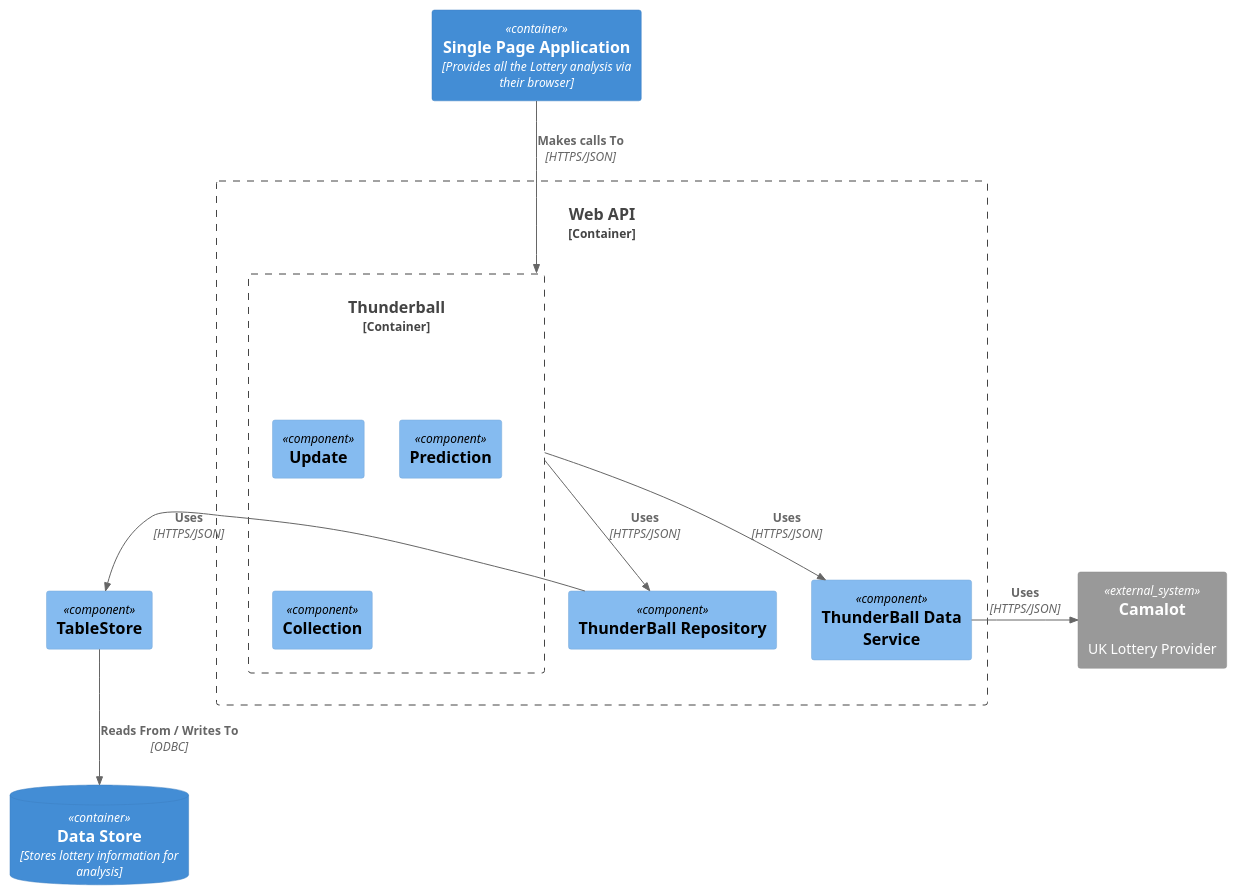
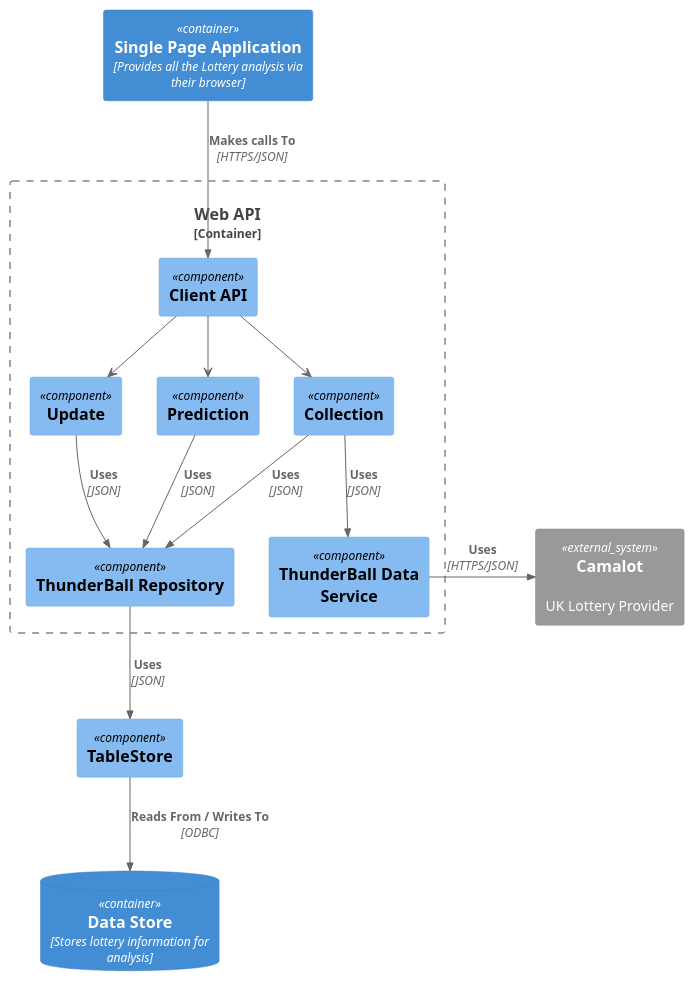
The diagram in assets/Lottery/LotteryAPI-Component.puml (Kf-GaryNewport/Kf-GaryNewport.github.io), drawn with PlantUML before and after one commit.

```diff
--- a/assets/Lottery/LotteryAPI-Component.puml
+++ b/assets/Lottery/LotteryAPI-Component.puml
@@ -1,35 +1,43 @@
 @startuml FMLottery
 !includeurl https://raw.githubusercontent.com/RicardoNiepel/C4-PlantUML/release/1-0/C4_Component.puml
 
 'Person, Person_Ext, System, System_Ext, SystemDb, 
 'SystemDb_Ext, Boundary, System_Boundary, Enterprise_Boundary
 'Container, ContainerDb, Container_Boundary
 'Component, ComponentDb
 
 Container(SPA, "Single Page Application", "Provides all the Lottery analysis via their browser")
 
 Container_Boundary(WebAPI, "Web API") {
 
-Container_Boundary( ThunderBall, "Thunderball") {
+
+    Component( API, "Client API","","")
     Component( TBU, "Update","","")
     Component( TBP, "Prediction","","")
     Component( TBC, "Collection","","")
-}
+
+    API --> TBU
+    API --> TBP
+    API --> TBC
+    TBU -[hidden]> TBP
+    TBP -[hidden]> TBC
 
     Component( TTS, "ThunderBall Repository","","")
     Component( TDS, "ThunderBall Data Service","","")
 '    Component( ThunderBall, "ThunderBall","Handles requests for thunderball information","")
 }
 
 Component( TableStore, "TableStore","","")
 ContainerDb(LotteryDb, "Data Store", "Stores lottery information for analysis")
 System_Ext(Camalot,"Camalot","UK Lottery Provider")
 
-    Rel(SPA, ThunderBall, "Makes calls To", "HTTPS/JSON")
-    Rel(ThunderBall, TTS, "Uses", "HTTPS/JSON")
-    Rel(ThunderBall, TDS, "Uses", "HTTPS/JSON")
+    Rel(SPA, API, "Makes calls To", "HTTPS/JSON")
+    Rel_D(TBU, TTS, "Uses", "JSON")
+    Rel_D(TBP, TTS, "Uses", "JSON")
+    Rel_D(TBC, TDS, "Uses", "JSON")
+    Rel_D(TBC, TTS, "Uses", "JSON")
 
     Rel(TableStore, LotteryDb, "Reads From / Writes To", "ODBC")  
-    Rel_L(TTS, TableStore, "Uses", "HTTPS/JSON")  
+    Rel_D(TTS, TableStore, "Uses", "JSON")  
     Rel_R(TDS, Camalot, "Uses", "HTTPS/JSON")  
 @enduml
```
